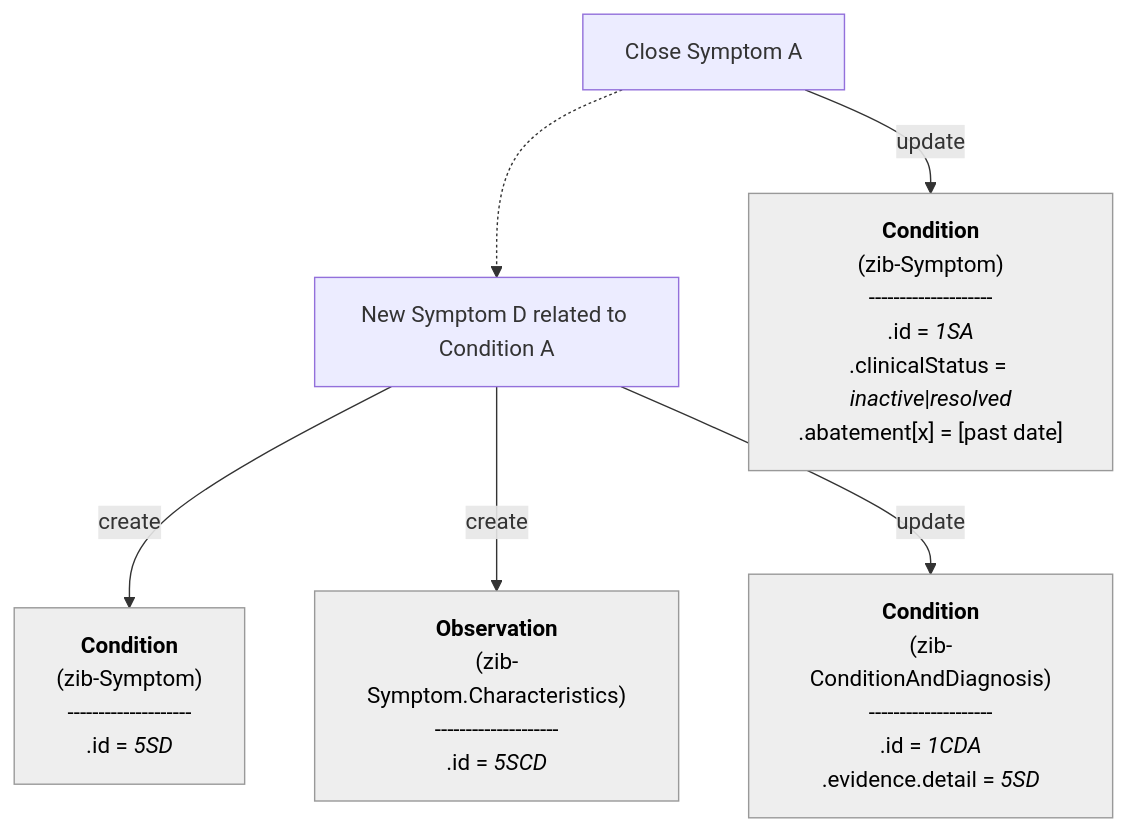
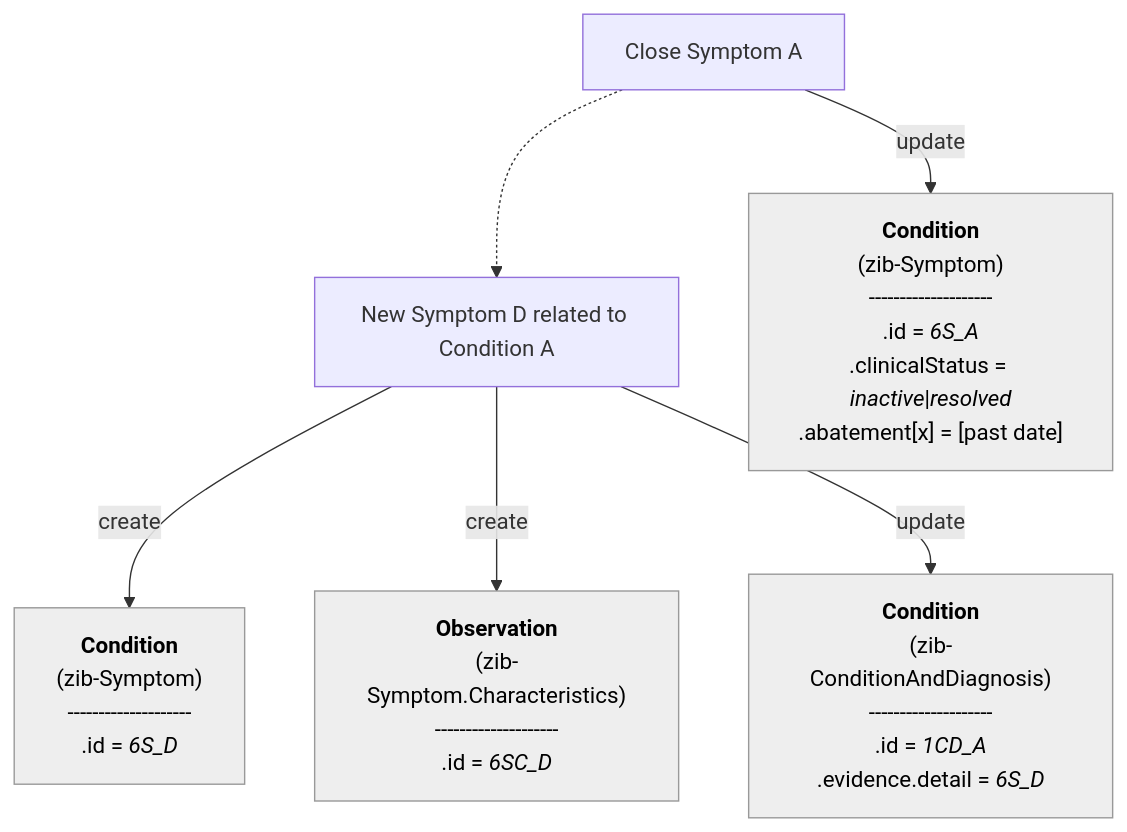
One commit to Nictiz/Nictiz-R4-zib2024 changed the eighth of 16 diagrams in documentation/Condition-Diagnosis-Symptom.md. Above: the diagram before and after it, drawn with Mermaid. The commit also changed other lines of this file, not shown here.

````diff
--- a/documentation/Condition-Diagnosis-Symptom.md
+++ b/documentation/Condition-Diagnosis-Symptom.md
@@ -272,41 +273,41 @@
 ```mermaid
 flowchart TB
 
 CloseSymptom_A["`Close Symptom A`"]
 NewSymptom_D["`New Symptom D related to Condition A`"]
 
 CloseSymptom_A -.-> NewSymptom_D
 
     S_A["`**Condition**
         (zib-Symptom)
         --------------------
-        .id = _1SA_
+        .id = _6S_A_
         .clinicalStatus = _inactive_|_resolved_
         .abatement[x] = [past date]`"]    
 
     CD_A["`**Condition**
         (zib-ConditionAndDiagnosis)
         --------------------
-        .id = _1CDA_
-        .evidence.detail = _5SD_`"] 
+        .id = _1CD_A_
+        .evidence.detail = _6S_D_`"] 
 
     S_D["`**Condition**
         (zib-Symptom)
         --------------------
-        .id = _5SD_`"]
+        .id = _6S_D_`"]
     SC_D["`**Observation**
         (zib-Symptom.Characteristics)
         --------------------
-        .id = _5SCD_`"]    
+        .id = _6SC_D_`"]    
 
     S_A:::Ash
     CD_A:::Ash
     S_D:::Ash
     SC_D:::Ash
     classDef Ash stroke-width:1px, stroke-dasharray:none, stroke:#999999, fill:#EEEEEE, color:#000000
 
 CloseSymptom_A -- update --> S_A
 NewSymptom_D -- create --> S_D
 NewSymptom_D -- create --> SC_D
 NewSymptom_D -- update --> CD_A
 ```
````
